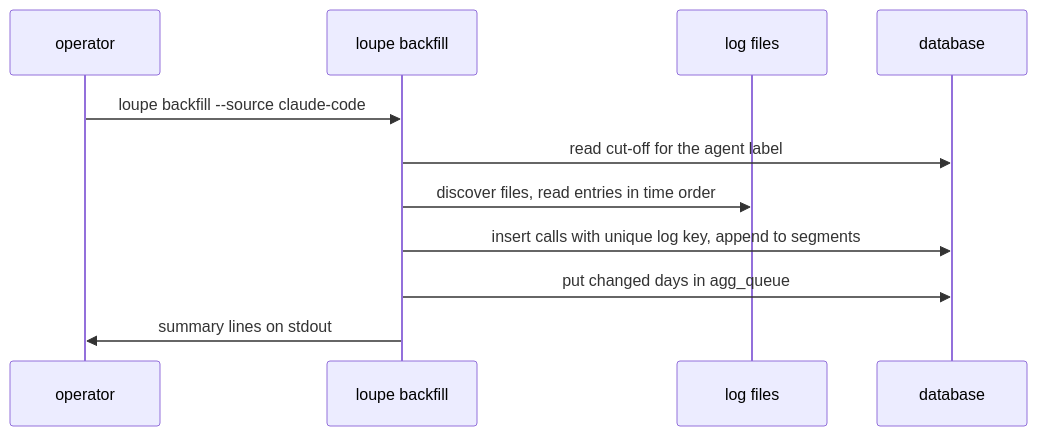
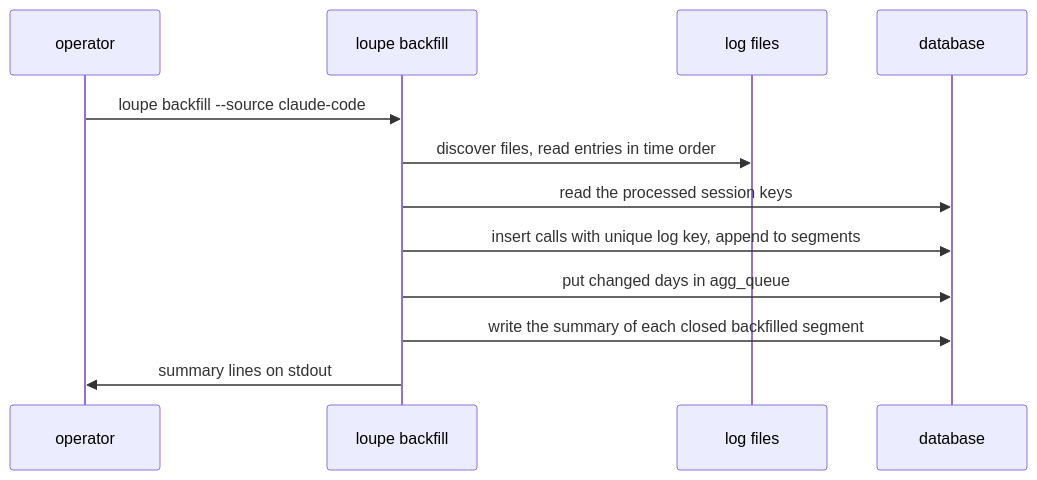
One commit to desek/agentloupe changed the third of 4 diagrams in docs/cr/CR-0012-session-log-backfill.md. Above: the diagram before and after it, drawn with Mermaid. The commit also changed other lines of this file, not shown here.

````diff
--- a/docs/cr/CR-0012-session-log-backfill.md
+++ b/docs/cr/CR-0012-session-log-backfill.md
@@ -74,13 +77,14 @@
 ```mermaid
 sequenceDiagram
     participant U as operator
     participant B as loupe backfill
     participant F as log files
     participant D as database
     U->>B: loupe backfill --source claude-code
-    B->>D: read cut-off for the agent label
     B->>F: discover files, read entries in time order
+    B->>D: read the processed session keys
     B->>D: insert calls with unique log key, append to segments
     B->>D: put changed days in agg_queue
+    B->>D: write the summary of each closed backfilled segment
     B->>U: summary lines on stdout
 ```
````
